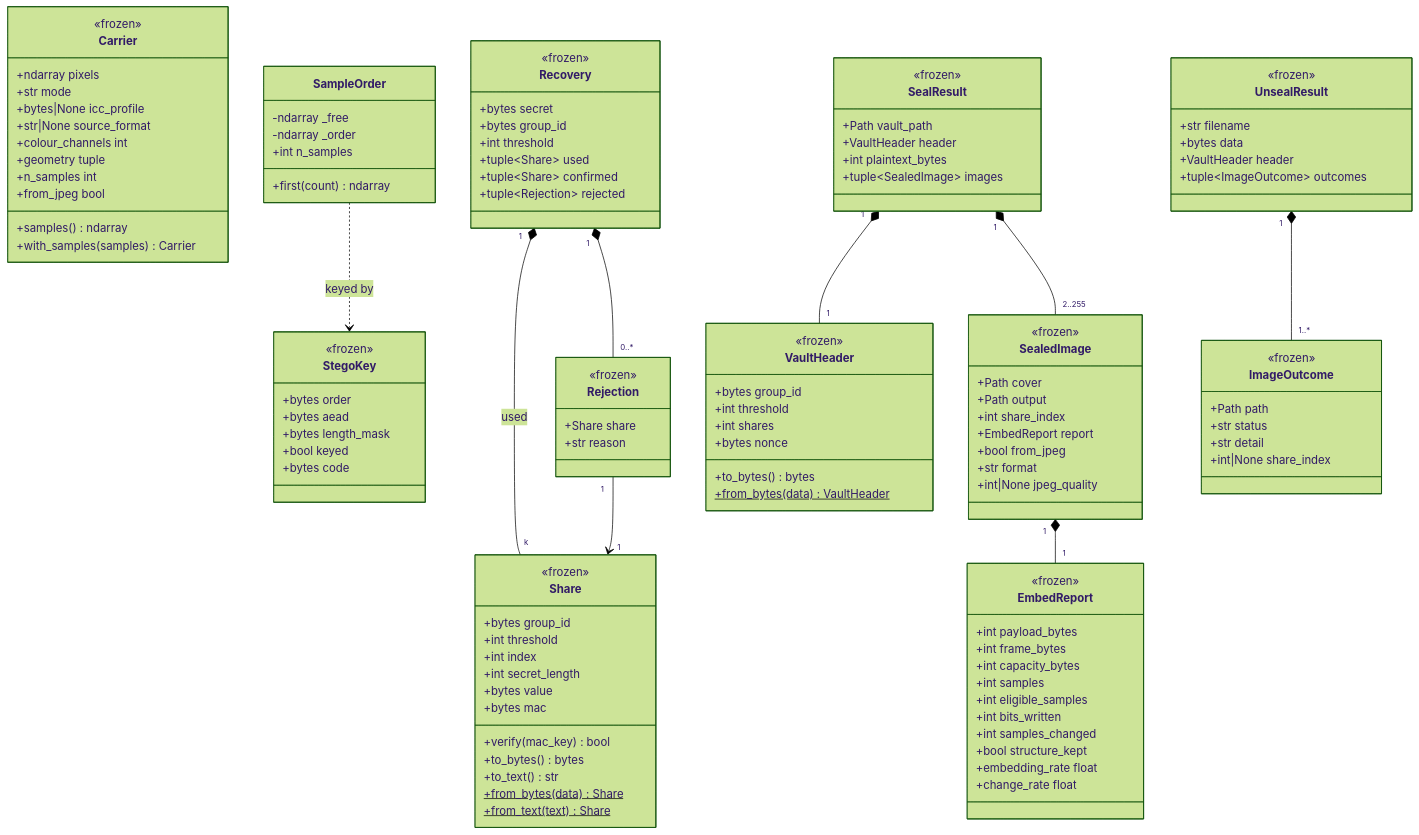
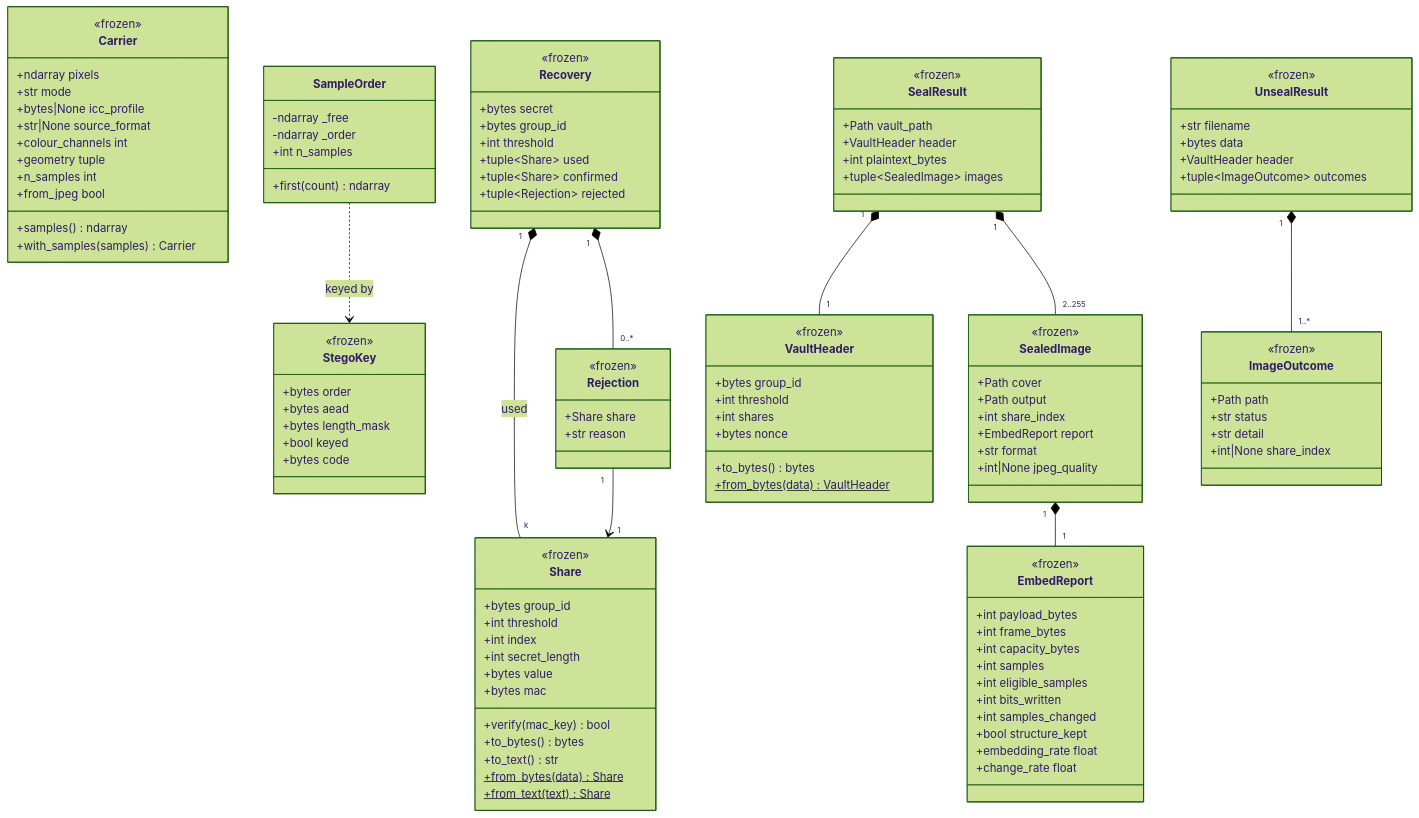
Before and after one commit to Just-Ipavon/shardpix: the third of 4 diagrams in docs/01-architecture.md, drawn with Mermaid (forest theme). The commit also changed 13 other files, not shown here.

```diff
--- a/docs/01-architecture.md
+++ b/docs/01-architecture.md
@@ -273,7 +273,6 @@
         +Path output
         +int share_index
         +EmbedReport report
-        +bool from_jpeg
         +str format
         +int|None jpeg_quality
     }
```
